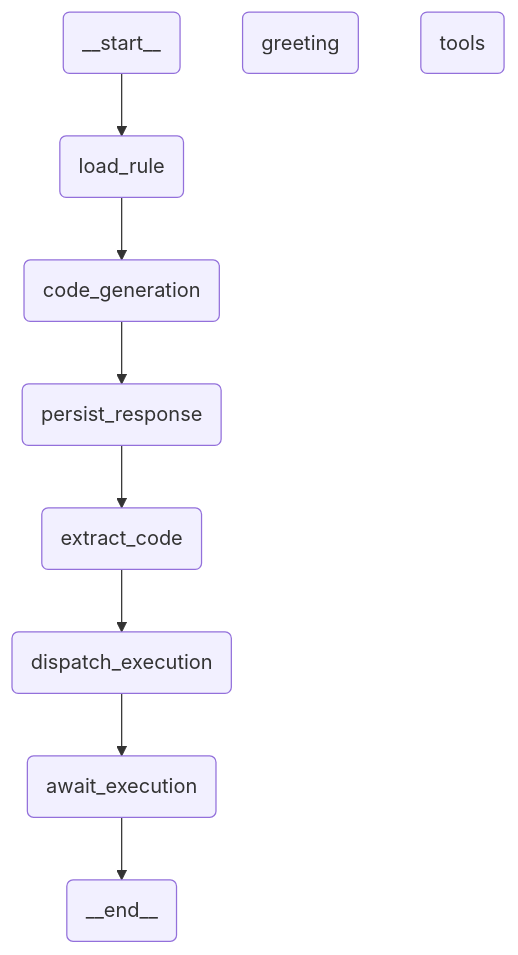
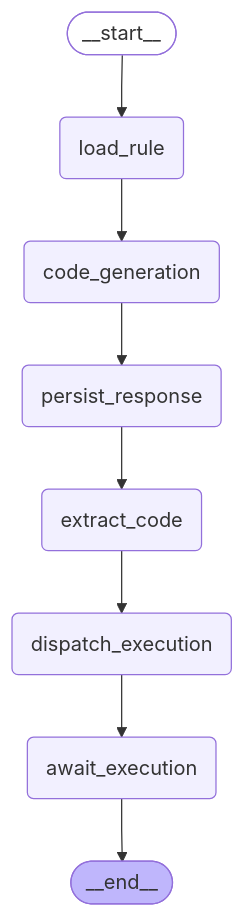
Before and after one commit to Titus-System/synapse: the diagram in codegen/docs/graph.md, drawn with Mermaid. The commit also changed 26 other files, not shown here.

````diff
--- a/codegen/docs/graph.md
+++ b/codegen/docs/graph.md
@@ -5,28 +5,26 @@
 ```mermaid
 ---
 config:
   flowchart:
     curve: linear
 ---
 graph TD;
-	__start__(<p>__start__</p>)
-	greeting(greeting)
+	__start__([<p>__start__</p>]):::first
 	load_rule(load_rule)
 	code_generation(code_generation)
 	persist_response(persist_response)
 	extract_code(extract_code)
 	dispatch_execution(dispatch_execution)
 	await_execution(await_execution)
-	tools(tools)
-	__end__(<p>__end__</p>)
+	__end__([<p>__end__</p>]):::last
 	__start__ --> load_rule;
 	code_generation --> persist_response;
 	dispatch_execution --> await_execution;
 	extract_code --> dispatch_execution;
 	load_rule --> code_generation;
 	persist_response --> extract_code;
 	await_execution --> __end__;
 	classDef default fill:#f2f0ff,line-height:1.2
 	classDef first fill-opacity:0
 	classDef last fill:#bfb6fc
 ```
````
